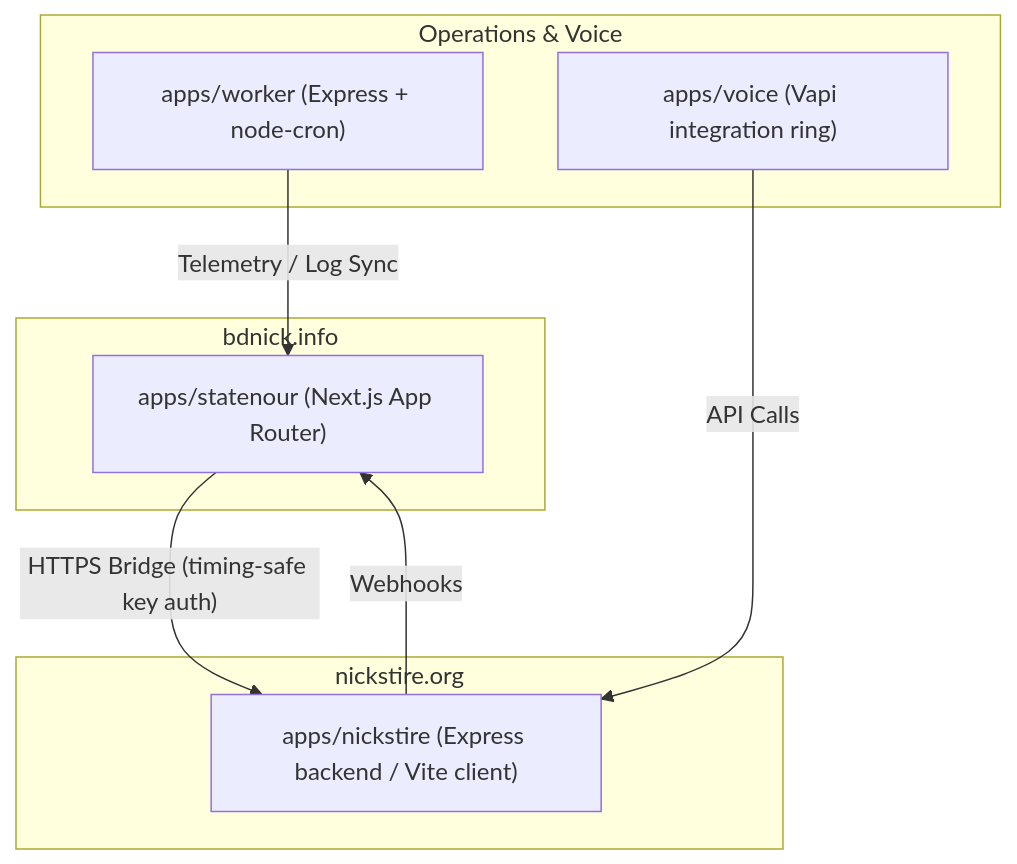
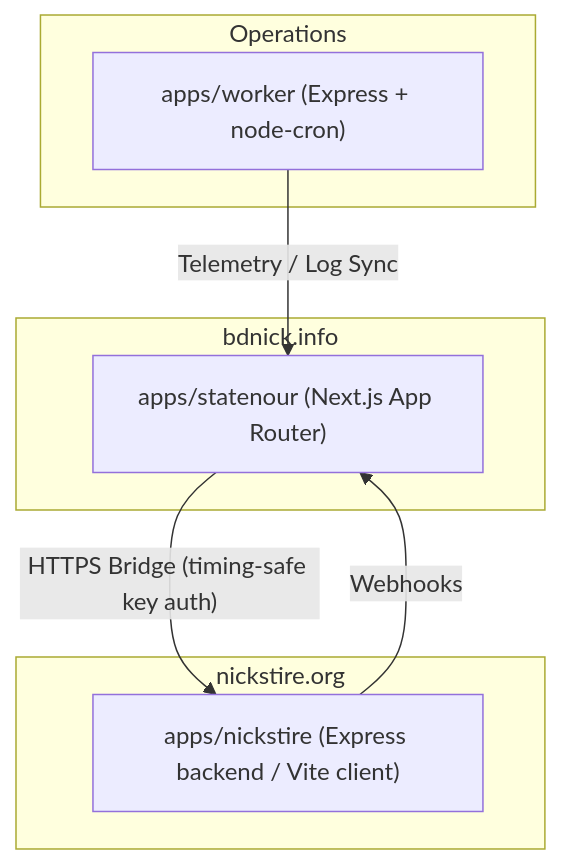
Before and after one commit to nourdean22/MAINnicks-tire-autoNEW: the diagram in docs/00-current-truth/architecture.md, drawn with Mermaid. The commit also changed other lines of this file and 2 other files, not shown here.

First line of the commit message:
docs(agent-os): close three known gaps — archive the finished Antigravity plan, retire apps/voice from the architecture diagram

````diff
--- a/docs/00-current-truth/architecture.md
+++ b/docs/00-current-truth/architecture.md
@@ -11,20 +11,18 @@
 ```mermaid
 graph TD
     subgraph Client App [bdnick.info]
         statenour["apps/statenour (Next.js App Router)"]
     end
 
     subgraph Service Ring [nickstire.org]
         nickstire["apps/nickstire (Express backend / Vite client)"]
     end
 
-    subgraph Operations & Voice
+    subgraph Operations
         worker["apps/worker (Express + node-cron)"]
-        voice["apps/voice (Vapi integration ring)"]
     end
 
     statenour -- "HTTPS Bridge (timing-safe key auth)" --> nickstire
     nickstire -- "Webhooks" --> statenour
     worker -- "Telemetry / Log Sync" --> statenour
-    voice -- "API Calls" --> nickstire
 ```
````
